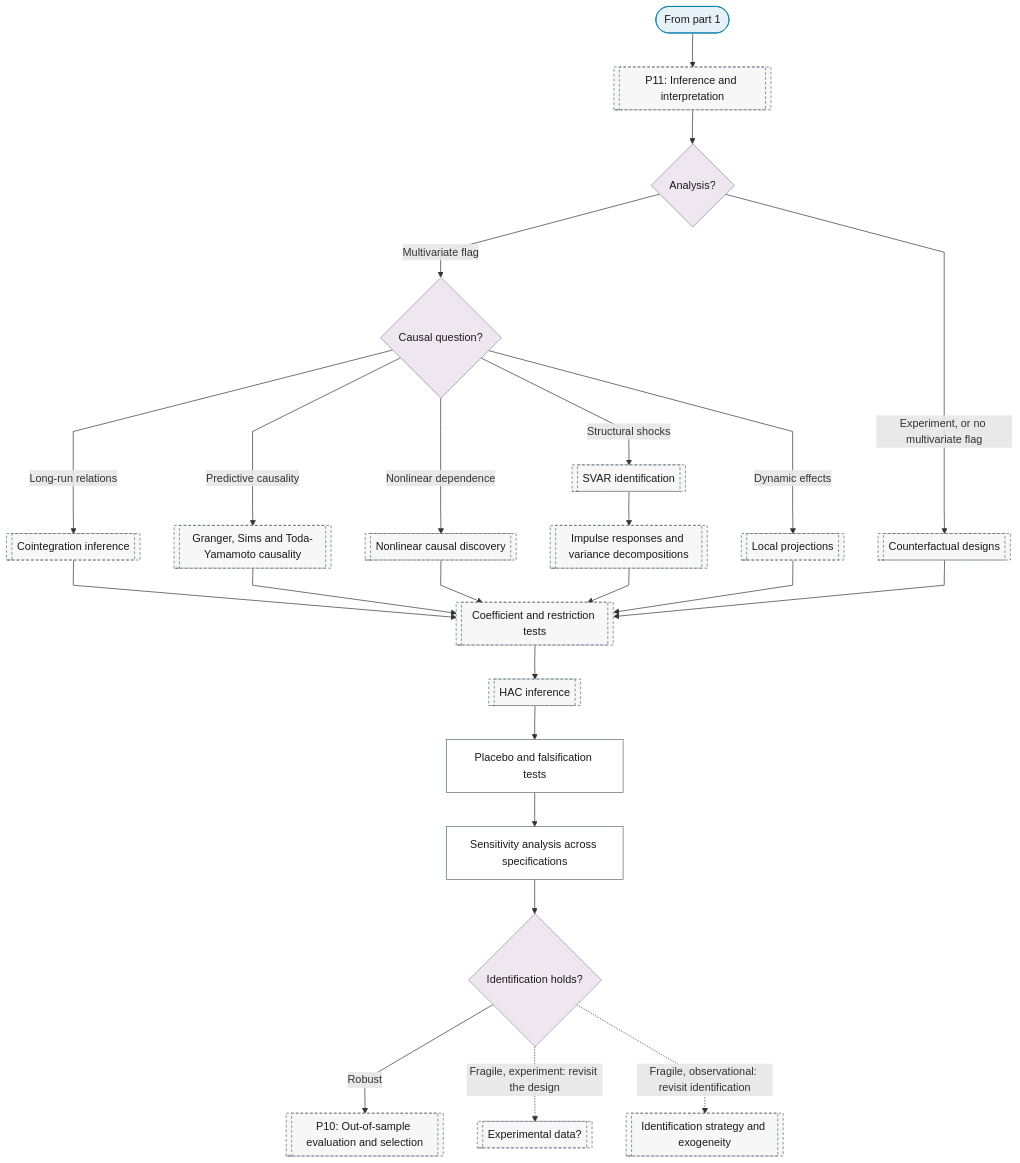
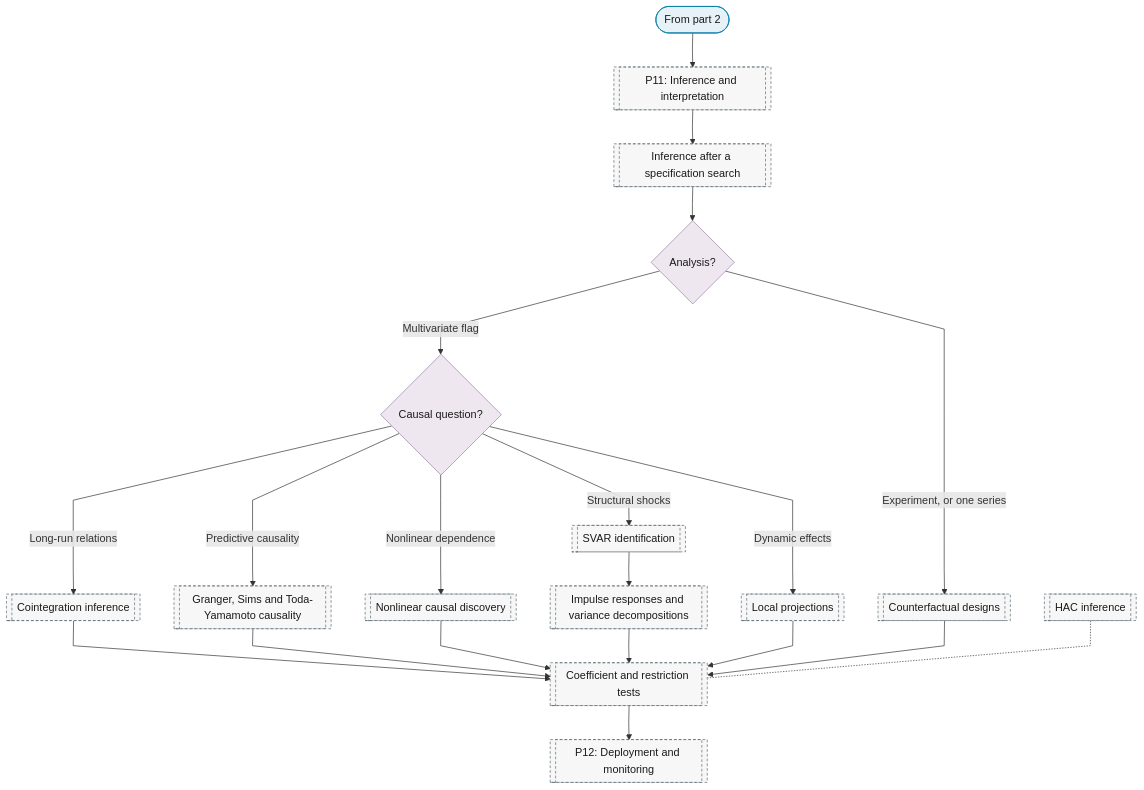
The third of 3 diagrams in docs/01-workflow/p00-purpose/02-causal-inference.md (Shuxin-Y/time-series-analysis-manual), drawn with Mermaid before and after one commit. The commit also changed other lines of this file and 20 other files, not shown here.

````diff
--- a/docs/01-workflow/p00-purpose/02-causal-inference.md
+++ b/docs/01-workflow/p00-purpose/02-causal-inference.md
@@ -48,35 +73,30 @@
 ```mermaid
 %%{init: {"flowchart": {"curve": "linear"}}}%%
 graph TD
-    P0_CA_PART_2_IN(["From part 1"]) --> P11[["P11: Inference and interpretation"]]
-    P11 --> P0_CA_ANALYSIS{"Analysis?"}
-    P0_CA_ANALYSIS -->|"Experiment, or no multivariate flag"| P11_COUNTERFACTUALS[["Counterfactual designs"]]
+    P0_CA_PART_3_IN(["From part 2"]) --> P11[["P11: Inference and interpretation"]]
+    P11 --> P11_POST_SELECTION[["Inference after a specification search"]]
+    P11_POST_SELECTION --> P0_CA_ANALYSIS{"Analysis?"}
+    P0_CA_ANALYSIS -->|"Experiment, or one series"| P11_COUNTERFACTUALS[["Counterfactual designs"]]
     P0_CA_ANALYSIS -->|"Multivariate flag"| P0_CA_QUESTION{"Causal question?"}
     P0_CA_QUESTION -->|"Long-run relations"| P11_COINTEGRATION[["Cointegration inference"]]
     P0_CA_QUESTION -->|"Predictive causality"| P11_GRANGER[["Granger, Sims and Toda-Yamamoto causality"]]
     P0_CA_QUESTION -->|"Nonlinear dependence"| P11_NONLINEAR_CAUSALITY[["Nonlinear causal discovery"]]
     P0_CA_QUESTION -->|"Structural shocks"| P11_SVAR_IDENTIFICATION[["SVAR identification"]]
     P0_CA_QUESTION -->|"Dynamic effects"| P11_LOCAL_PROJECTIONS[["Local projections"]]
     P11_SVAR_IDENTIFICATION --> P11_IRF_FEVD[["Impulse responses and variance decompositions"]]
-    P11_COINTEGRATION & P11_GRANGER & P11_NONLINEAR_CAUSALITY & P11_IRF_FEVD --> P11_COEFFICIENT_TESTS[["Coefficient and restriction tests"]]
-    P11_LOCAL_PROJECTIONS & P11_COUNTERFACTUALS --> P11_COEFFICIENT_TESTS
-    P11_COEFFICIENT_TESTS --> P11_HAC[["HAC inference"]]
-    P11_HAC --> P0_CA_PLACEBO["Placebo and falsification tests"]
-    P0_CA_PLACEBO --> P0_CA_SENSITIVITY["Sensitivity analysis across specifications"]
-    P0_CA_SENSITIVITY --> P0_CA_VERDICT{"Identification holds?"}
-    P0_CA_VERDICT -->|"Robust"| P10[["P10: Out-of-sample evaluation and selection"]]
-    P0_CA_VERDICT -.->|"Fragile, experiment: revisit the design"| P0_CA_DESIGN[["Experimental data?"]]
-    P0_CA_VERDICT -.->|"Fragile, observational: revisit identification"| P0_CA_IDENTIFICATION[["Identification strategy and exogeneity"]]
-    class P0_CA_PART_2_IN terminator
-    class P0_CA_ANALYSIS,P0_CA_QUESTION,P0_CA_VERDICT decision
-    class P0_CA_PLACEBO,P0_CA_SENSITIVITY process
-    class P11,P11_COUNTERFACTUALS,P11_COINTEGRATION,P11_GRANGER,P11_NONLINEAR_CAUSALITY,P11_SVAR_IDENTIFICATION,P11_LOCAL_PROJECTIONS,P11_IRF_FEVD,P11_COEFFICIENT_TESTS,P11_HAC,P10,P0_CA_DESIGN,P0_CA_IDENTIFICATION ref
+    P11_COINTEGRATION & P11_GRANGER & P11_NONLINEAR_CAUSALITY & P11_IRF_FEVD --> P11_COEFFICIENT_TESTS
+    P11_LOCAL_PROJECTIONS & P11_COUNTERFACTUALS --> P11_COEFFICIENT_TESTS[["Coefficient and restriction tests"]]
+    P11_COEFFICIENT_TESTS --> P12[["P12: Deployment and monitoring"]]
+    P11_HAC[["HAC inference"]] -.- P11_COEFFICIENT_TESTS
+    class P0_CA_PART_3_IN terminator
+    class P0_CA_ANALYSIS,P0_CA_QUESTION decision
+    class P11,P11_POST_SELECTION,P11_COUNTERFACTUALS,P11_COINTEGRATION,P11_GRANGER,P11_NONLINEAR_CAUSALITY,P11_SVAR_IDENTIFICATION,P11_LOCAL_PROJECTIONS,P11_IRF_FEVD,P11_COEFFICIENT_TESTS,P11_HAC,P12 ref
     classDef terminator fill:#E6F2F7,stroke:#007BA7,color:#1A1A1A;
     classDef process fill:#FFFFFF,stroke:#5A6B73,color:#1A1A1A;
     classDef decision fill:#EFE7F0,stroke:#9B7FA7,color:#1A1A1A;
     classDef data fill:#FFF4E0,stroke:#C9A55E,color:#1A1A1A;
     classDef good fill:#DCEFD8,stroke:#4A7A3F,color:#1A1A1A;
     classDef escalate fill:#FFE9C2,stroke:#C9A55E,color:#1A1A1A;
     classDef problem fill:#F2D9DE,stroke:#800020,color:#1A1A1A;
     classDef ref fill:#F7F7F7,stroke:#5A6B73,color:#1A1A1A,stroke-dasharray:4 3;
 ```
````
